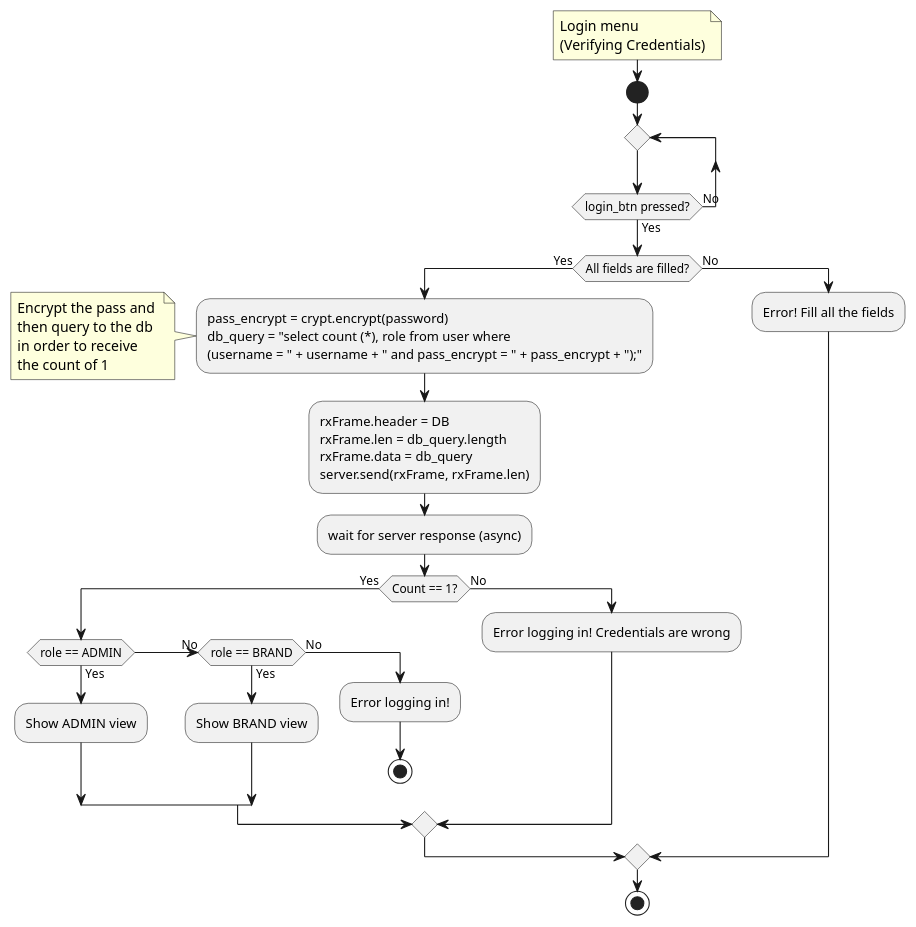
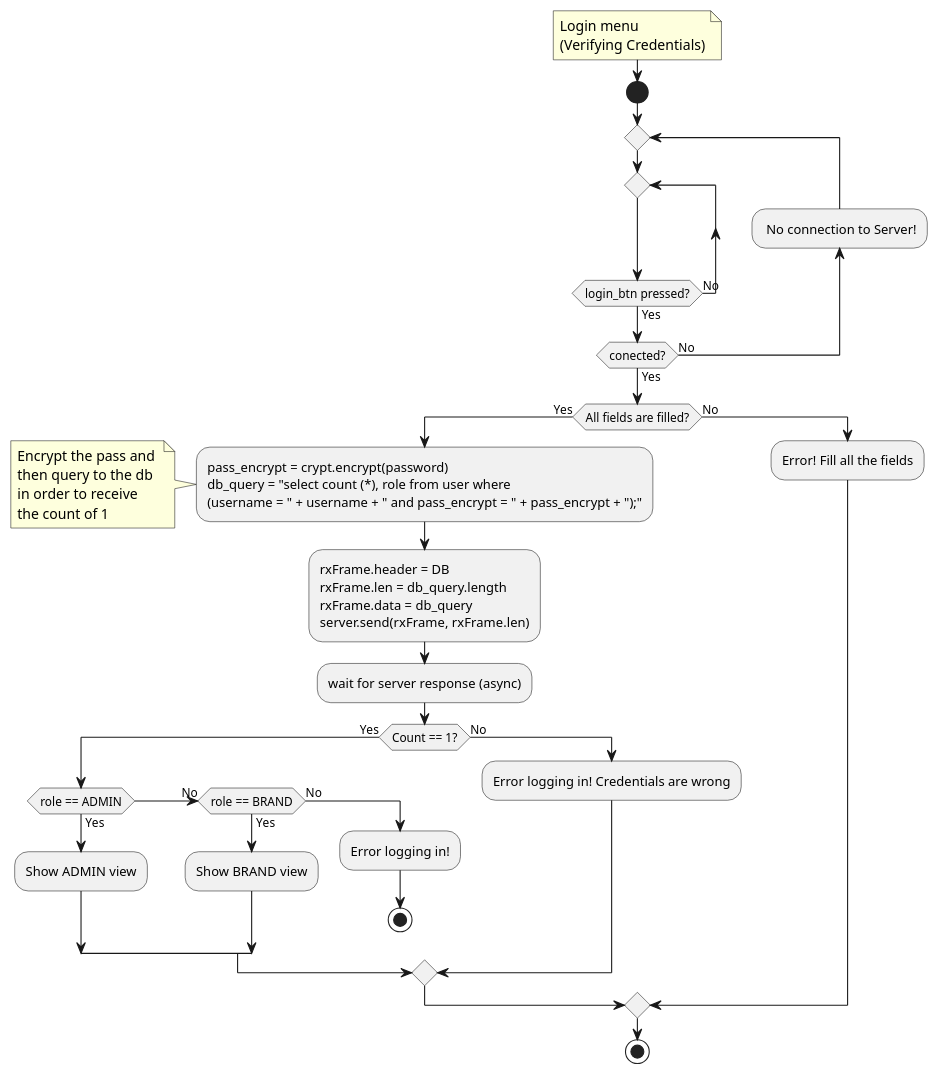
The diagram in Proj/diags/plantuml/flowchart/input/rc-login.pu (ElectroQuanta/MDO), drawn with PlantUML before and after one commit. The commit also changed 22 other files, not shown here.

Commit message:
ADD: DESIGN: Flowcharts from RS

```diff
--- a/Proj/diags/plantuml/flowchart/input/rc-login.pu
+++ b/Proj/diags/plantuml/flowchart/input/rc-login.pu
@@ -1,51 +1,53 @@
 @startuml
 '-----------------------
   note right
     Login menu
     (Verifying Credentials)
   end note
 '-----------------------
   start
     repeat
-    repeat while(login_btn pressed?) is (No) not (Yes)
-    
+      repeat
+      repeat while(login_btn pressed?) is (No) not (Yes)
+      backward: No connection to Server!;
+    repeat while(conected?) is (No) not (Yes)  
     if (All fields are filled?) then (Yes)  
     
         :pass_encrypt = crypt.encrypt(password)
         db_query = "select count (*), role from user where
         (username = " + username + " and pass_encrypt = " + pass_encrypt + ");";
 
         note left
             Encrypt the pass and 
             then query to the db
             in order to receive 
             the count of 1
         end note
 
         :rxFrame.header = DB
         rxFrame.len = db_query.length
         rxFrame.data = db_query
         server.send(rxFrame, rxFrame.len);
 
         :wait for server response (async);
       
         if(Count == 1?) then (Yes)
           if (role == ADMIN) then (Yes)
               :Show ADMIN view;
           (No) elseif (role == BRAND) then (Yes)
               :Show BRAND view;
           else (No)
             :Error logging in!;
             stop
           endif
 
         else (No)
             :Error logging in! Credentials are wrong;
         endif
     else (No)
         :Error! Fill all the fields;
     endif   
   stop
   
 '-----------------------
 @enduml
```
